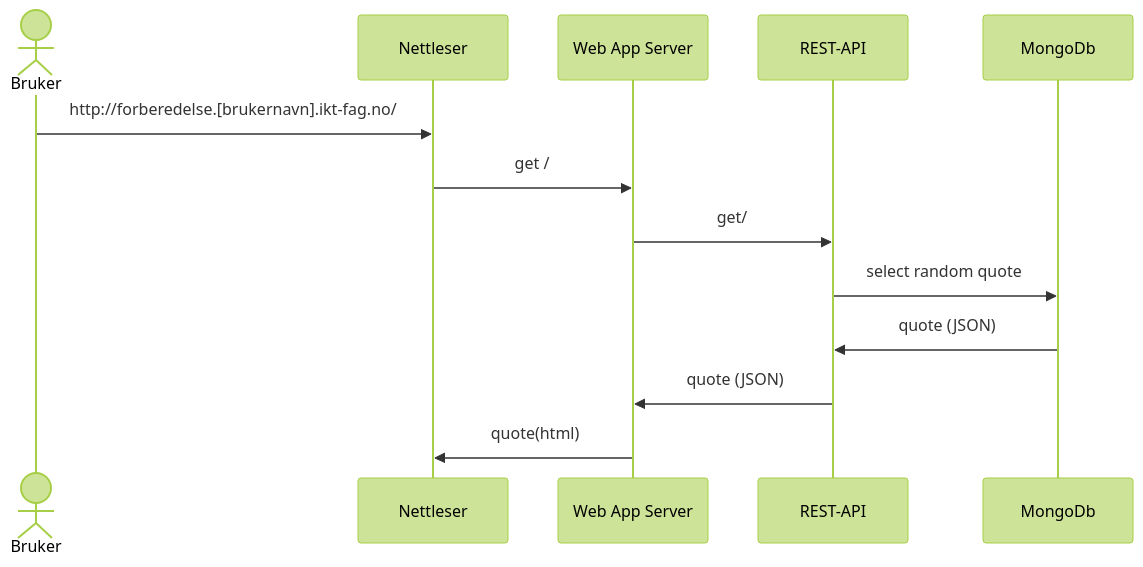
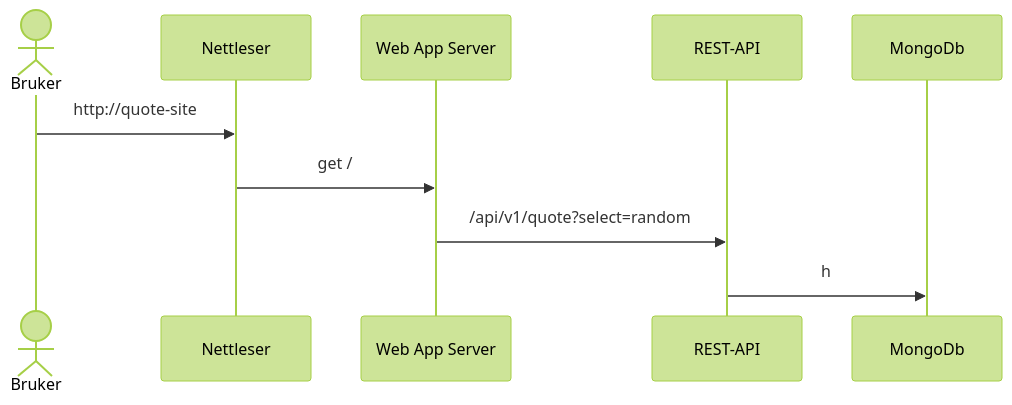
The third of 3 diagrams in doc/quote-spesifikasjon.md (Morroklumpen/BildeKarusell), drawn with Mermaid (forest theme) before and after one commit. The commit also changed other lines of this file and 1 other file, not shown here.

````diff
--- a/doc/quote-spesifikasjon.md
+++ b/doc/quote-spesifikasjon.md
@@ -100,17 +98,13 @@
 ```mermaid
 sequenceDiagram
 	 actor Bruker
 	 participant Nettleser
 	 participant APP as Web App Server
 	 participant REST as REST-API
      participant db as MongoDb
-	 Bruker->>Nettleser: http://forberedelse.[brukernavn].ikt-fag.no/
+	 Bruker->>Nettleser: http://quote-site
 	 Nettleser->>APP: get /
-	 APP ->> REST: get/
-  REST ->> db: select random quote
-  db->> REST: quote (JSON)
-  REST->> APP: quote (JSON)
-  APP ->> Nettleser: quote(html)
-
+	 APP ->> REST: /api/v1/quote?select=random
+     REST ->> db: h
 
 ```
````
